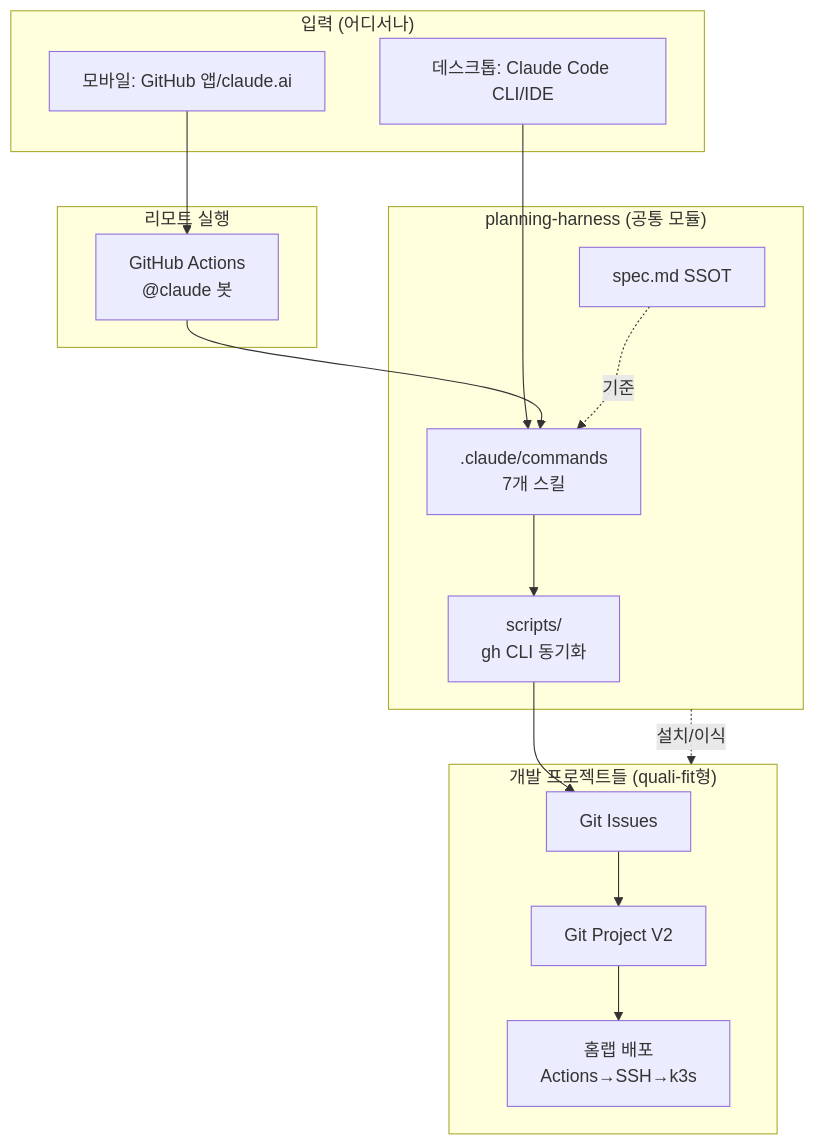
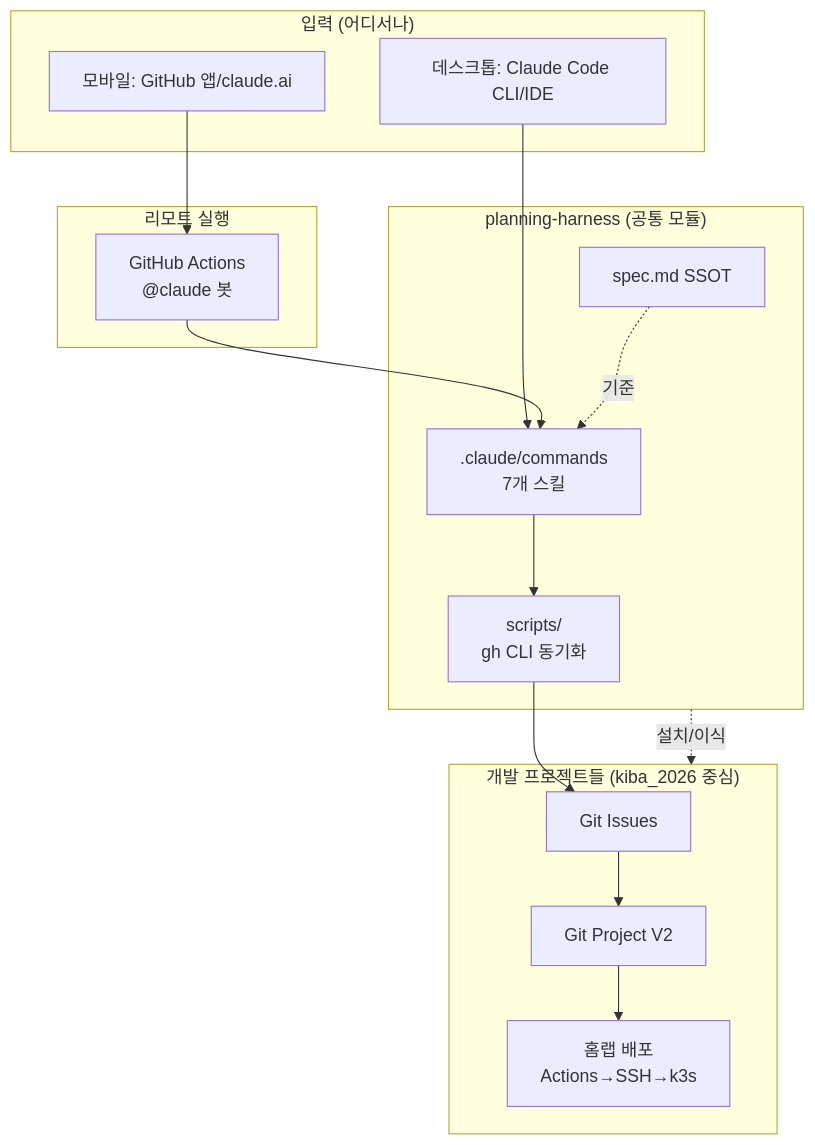
Before and after one commit to feed-mina/planning-harness: the diagram in outputs/repo-analysis-and-plan.md, drawn with Mermaid. The commit also changed other lines of this file, not shown here.

Commit message:
Update plan doc to use kiba_2026 references

````diff
--- a/outputs/repo-analysis-and-plan.md
+++ b/outputs/repo-analysis-and-plan.md
@@ -50,28 +50,28 @@
 ```mermaid
 flowchart TB
     subgraph 입력["입력 (어디서나)"]
       M[모바일: GitHub 앱/claude.ai]
       D[데스크톱: Claude Code CLI/IDE]
     end
     subgraph HN["planning-harness (공통 모듈)"]
       SPEC[spec.md SSOT]
       SK[".claude/commands<br/>7개 스킬"]
       SCR["scripts/<br/>gh CLI 동기화"]
     end
     subgraph 리모트["리모트 실행"]
       GA["GitHub Actions<br/>@claude 봇"]
     end
-    subgraph 다운스트림["개발 프로젝트들 (quali-fit형)"]
+    subgraph 다운스트림["개발 프로젝트들 (kiba_2026 중심)"]
       ISS[Git Issues]
       PRJ[Git Project V2]
       DEP["홈랩 배포<br/>Actions→SSH→k3s"]
     end
     M --> GA
     D --> SK
     GA --> SK
     SK --> SCR
     SPEC -.기준.-> SK
     SCR --> ISS --> PRJ
     PRJ --> DEP
     HN -.설치/이식.-> 다운스트림
 ```
````
